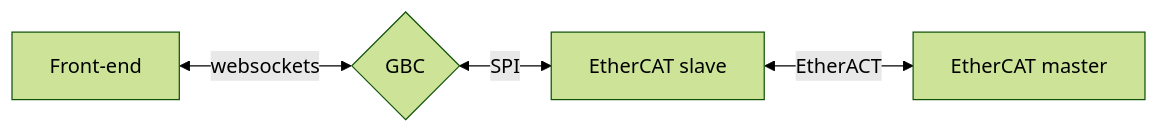
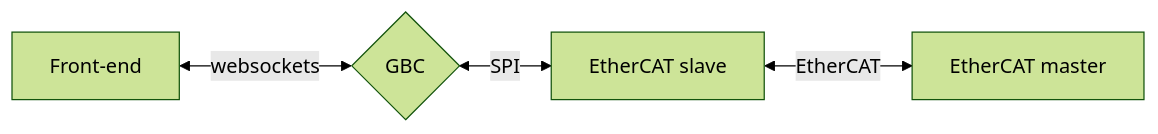
The third of 4 diagrams in src/pages/docs/gbc/overview.mdx (glowbuzzer/glowsite), drawn with Mermaid (forest theme) before and after one commit. The commit also changed other lines of this file and 22 other files, not shown here.

````diff
--- a/src/pages/docs/gbc/overview.mdx
+++ b/src/pages/docs/gbc/overview.mdx
@@ -63,7 +64,7 @@
 ```mermaid
  flowchart LR
     id1[Front-end] <-->|websockets|id2{GBC}
     id2 <-->|SPI| id3[EtherCAT slave]
-    id3 <-->|EtherACT|id4[EtherCAT master]
+    id3 <-->|EtherCAT|id4[EtherCAT master]
 
 ```
````
